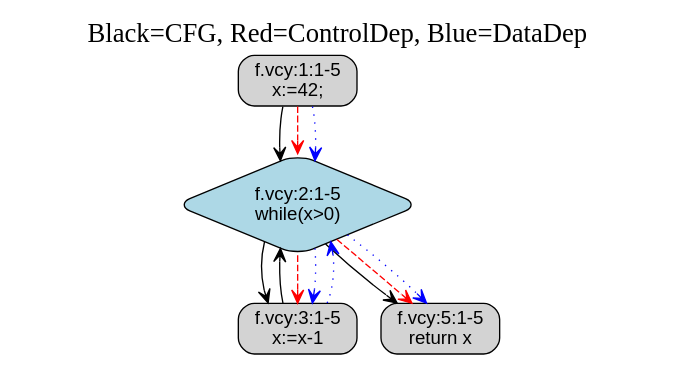
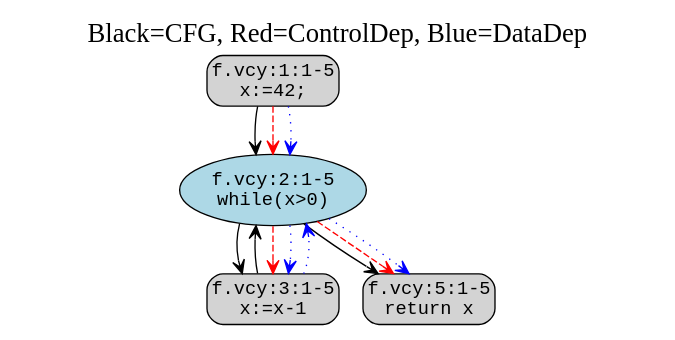
Before and after one commit to veracity-lang/veracity2g: the diagram in src/util/template.dot, drawn with Graphviz. The commit also changed 1 other file, not shown here.

Commit message:
more pdg graph visualization

```diff
--- a/src/util/template.dot
+++ b/src/util/template.dot
@@ -1,33 +1,33 @@
 digraph G {
     // Graph style
     graph [rankdir="TB", fontsize=20, label="Black=CFG, Red=ControlDep, Blue=DataDep", labelloc=t]
     
     // Node styles
-    node [shape=box, style="rounded,filled", fontname="Helvetica"]
+    node [shape=box, style="rounded,filled", fontname="Courier", margin=0.05]
     
     // Edge styles
-    edge [arrowhead=vee, arrowsize=1, fontname="Helvetica"]
+    edge [arrowhead=vee, arrowsize=1, fontname="Courier"]
     
     // Nodes
     "f.vcy:1:1-5" [label="f.vcy:1:1-5\nx:=42;", fillcolor="#d3d3d3"]
-    "f.vcy:2:1-5" [label="f.vcy:2:1-5\nwhile(x>0)", shape=diamond, fillcolor="#add8e6"]
+    "f.vcy:2:1-5" [label="f.vcy:2:1-5\nwhile(x>0)", shape="oval", fillcolor="#add8e6"]
     "f.vcy:3:1-5" [label="f.vcy:3:1-5\nx:=x-1", fillcolor="#d3d3d3"]
     "f.vcy:5:1-5" [label="f.vcy:5:1-5\nreturn x", fillcolor="#d3d3d3"]
     
     // Edges
     "f.vcy:1:1-5" -> "f.vcy:2:1-5"
     "f.vcy:2:1-5" -> "f.vcy:3:1-5"
     "f.vcy:3:1-5" -> "f.vcy:2:1-5"
     "f.vcy:2:1-5" -> "f.vcy:5:1-5"
 
     // Control-Dep edges
     "f.vcy:1:1-5" -> "f.vcy:2:1-5" [color="red", style="dashed"]
     "f.vcy:2:1-5" -> "f.vcy:3:1-5" [color="red", style="dashed"]
     "f.vcy:2:1-5" -> "f.vcy:5:1-5" [color="red", style="dashed"]
 
     // Data-Dep edges
     "f.vcy:1:1-5" -> "f.vcy:2:1-5" [color="blue", style="dotted"]
     "f.vcy:2:1-5" -> "f.vcy:3:1-5" [color="blue", style="dotted"]
     "f.vcy:2:1-5" -> "f.vcy:5:1-5" [color="blue", style="dotted"]
     "f.vcy:3:1-5" -> "f.vcy:2:1-5" [color="blue", style="dotted"]
 }
```
